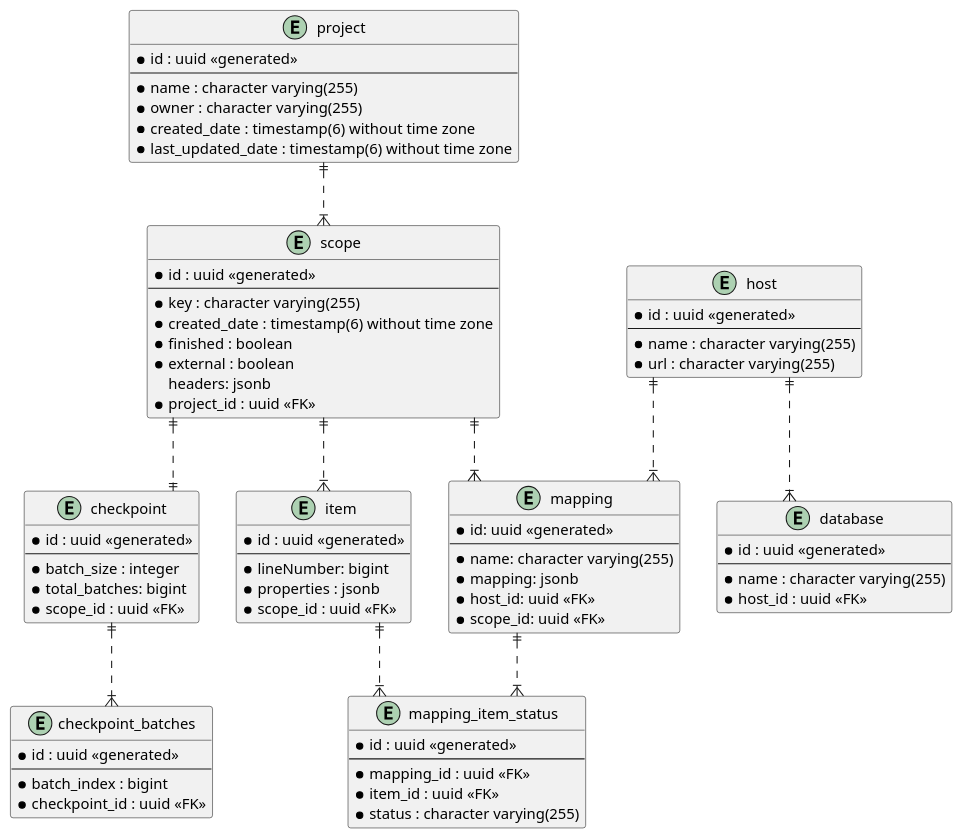
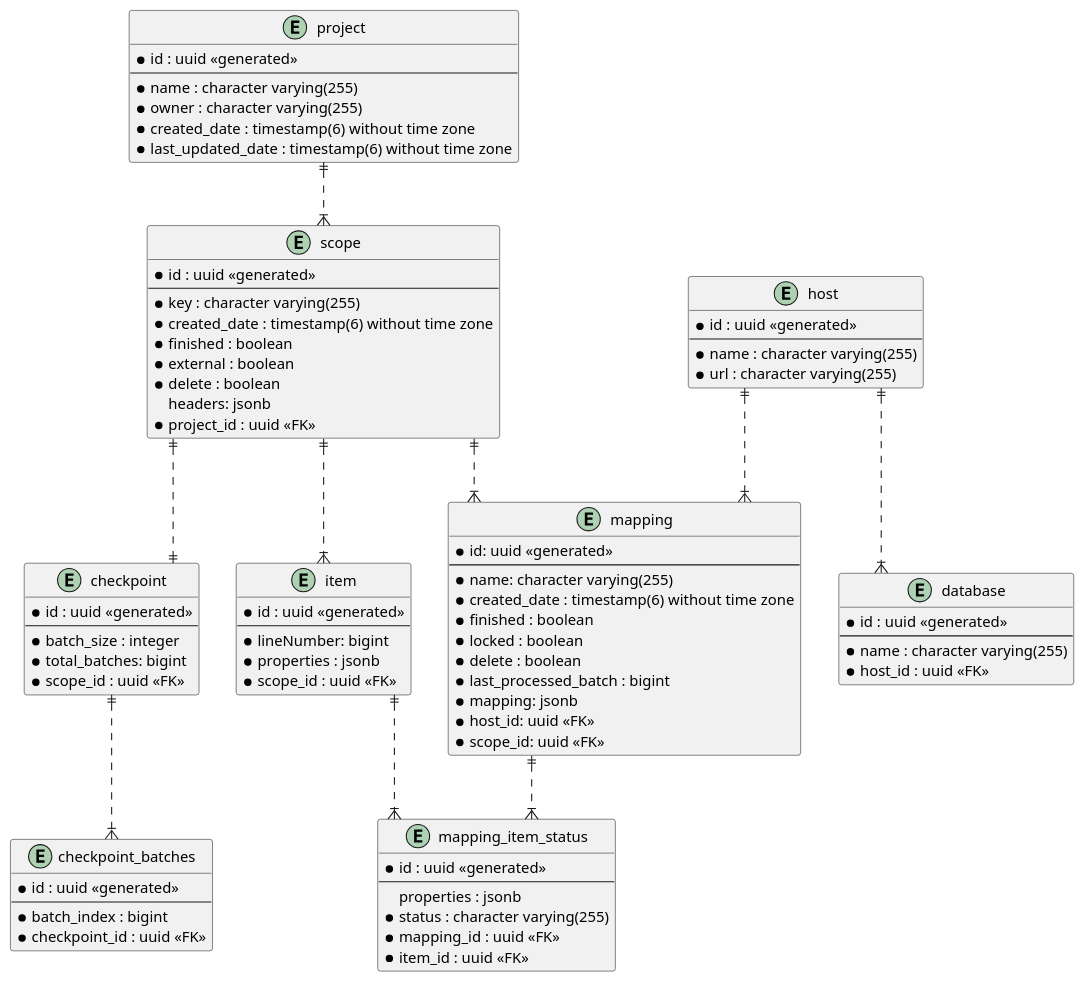
The diagram in data-migration-documentation/src/main/images/databaseModel.puml (TuncerCatalkaya/data-migration), drawn with PlantUML before and after one commit. The commit also changed 29 other files, not shown here.

```diff
--- a/data-migration-documentation/src/main/images/databaseModel.puml
+++ b/data-migration-documentation/src/main/images/databaseModel.puml
@@ -1,91 +1,98 @@
 @startuml
 skinparam linetype ortho
 
 entity project {
     * id : uuid <<generated>>
     --
     * name : character varying(255)
     * owner : character varying(255)
     * created_date : timestamp(6) without time zone
     * last_updated_date : timestamp(6) without time zone
 }
 
 entity scope {
     * id : uuid <<generated>>
     --
     * key : character varying(255)
     * created_date : timestamp(6) without time zone
     * finished : boolean
     * external : boolean
+    * delete : boolean
     headers: jsonb
     * project_id : uuid <<FK>>
 }
 
 entity item {
     * id : uuid <<generated>>
     --
     * lineNumber: bigint
     * properties : jsonb
     * scope_id : uuid <<FK>>
 }
 
 entity checkpoint {
     * id : uuid <<generated>>
     --
     * batch_size : integer
     * total_batches: bigint
     * scope_id : uuid <<FK>>
 }
 
 entity checkpoint_batches {
     * id : uuid <<generated>>
     --
     * batch_index : bigint
     * checkpoint_id : uuid <<FK>>
 }
 
 entity host {
     * id : uuid <<generated>>
     --
     * name : character varying(255)
     * url : character varying(255)
 }
 
 entity mapping {
     * id: uuid <<generated>>
     --
     * name: character varying(255)
+    * created_date : timestamp(6) without time zone
+    * finished : boolean
+    * locked : boolean
+    * delete : boolean
+    * last_processed_batch : bigint
     * mapping: jsonb
     * host_id: uuid <<FK>>
     * scope_id: uuid <<FK>>
 }
 
 entity database {
     * id : uuid <<generated>>
     --
     * name : character varying(255)
     * host_id : uuid <<FK>>
 }
 
 entity mapping_item_status {
     * id : uuid <<generated>>
     --
+    properties : jsonb
+    * status : character varying(255)
     * mapping_id : uuid <<FK>>
     * item_id : uuid <<FK>>
-    * status : character varying(255)
 }
 
 project ||..|{ scope
 scope ||..|{ item
 
 scope ||..|| checkpoint
 checkpoint ||..|{ checkpoint_batches
 
 host ||..|{ mapping
 host ||..|{ database
 scope ||..|{ mapping
 
 item ||..|{ mapping_item_status
 mapping ||..|{ mapping_item_status
 
 @enduml
```
